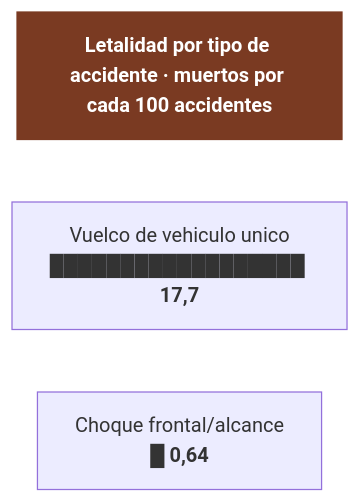
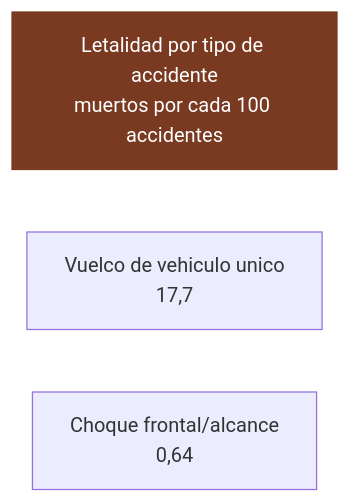
The first of 3 diagrams in 06-conduccion.md (morandeirachema/namibia), drawn with Mermaid before and after one commit. The commit also changed other lines of this file and 14 other files, not shown here.

Commit message:
Arreglar el renderizado de los diagramas en GitHub: fuera emojis, negritas y barras ASCII de dentro de los nodos, que descuadraban la medida y recortaban el texto

````diff
--- a/06-conduccion.md
+++ b/06-conduccion.md
@@ -32,9 +32,9 @@
 ```mermaid
 flowchart TD
-    T["<b>Letalidad por tipo de accidente · muertos por cada 100 accidentes</b>"]
-    n0["Vuelco de vehiculo unico<br/>██████████████████ <b>17,7</b>"]
-    n1["Choque frontal/alcance<br/>█ <b>0,64</b>"]
+    T["Letalidad por tipo de accidente<br/>muertos por cada 100 accidentes"]
+    n0["Vuelco de vehiculo unico<br/>17,7"]
+    n1["Choque frontal/alcance<br/>0,64"]
     T ~~~ n0
     n0 ~~~ n1
     style T fill:#7a3a22,color:#fff,stroke:#7a3a22
 ```
````
